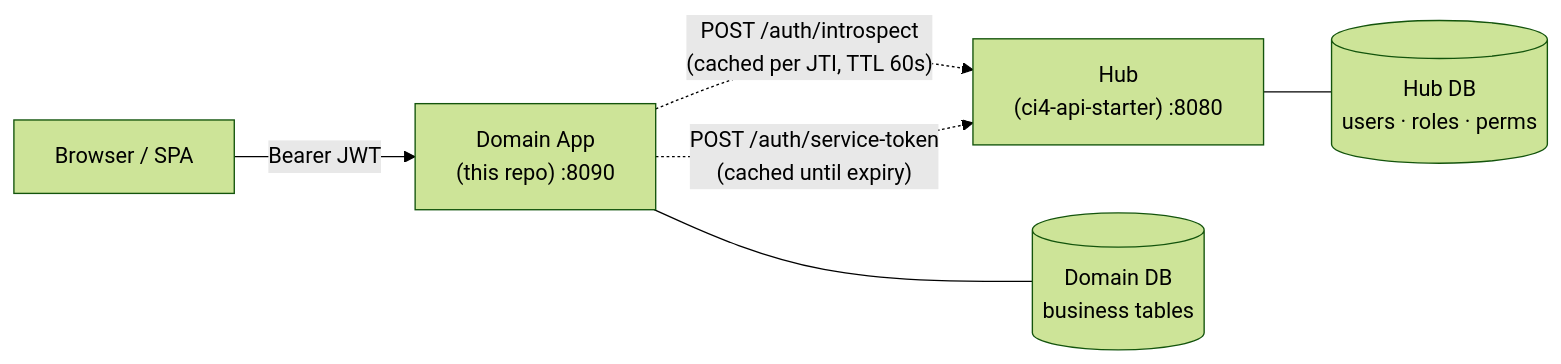
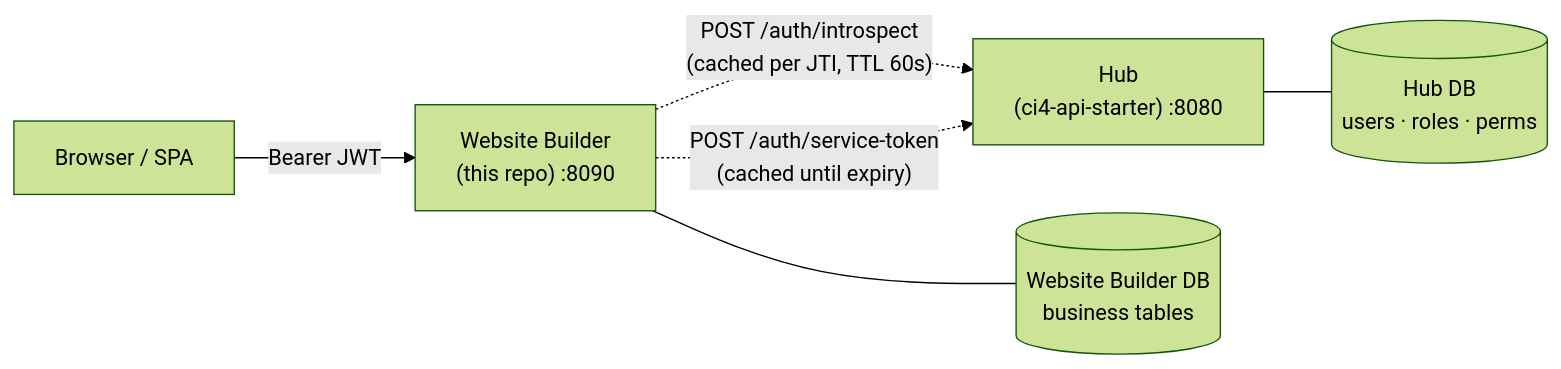
Before and after one commit to dcardenasl/ci4-website-builder-domain: the first of 2 diagrams in README.md, drawn with Mermaid (forest theme). The commit also changed other lines of this file and 30 other files, not shown here.

````diff
--- a/README.md
+++ b/README.md
@@ -12,14 +12,14 @@
 ```mermaid
 flowchart LR
     Client["Browser / SPA"]
-    Domain["Domain App<br/>(this repo) :8090"]
+    Domain["Website Builder<br/>(this repo) :8090"]
     Hub["Hub<br/>(ci4-api-starter) :8080"]
-    DDB[("Domain DB<br/>business tables")]
+    DDB[("Website Builder DB<br/>business tables")]
     HDB[("Hub DB<br/>users · roles · perms")]
 
     Client -->|"Bearer JWT"| Domain
     Domain -.->|"POST /auth/introspect<br/>(cached per JTI, TTL 60s)"| Hub
     Domain -.->|"POST /auth/service-token<br/>(cached until expiry)"| Hub
     Domain --- DDB
     Hub --- HDB
 ```
````
